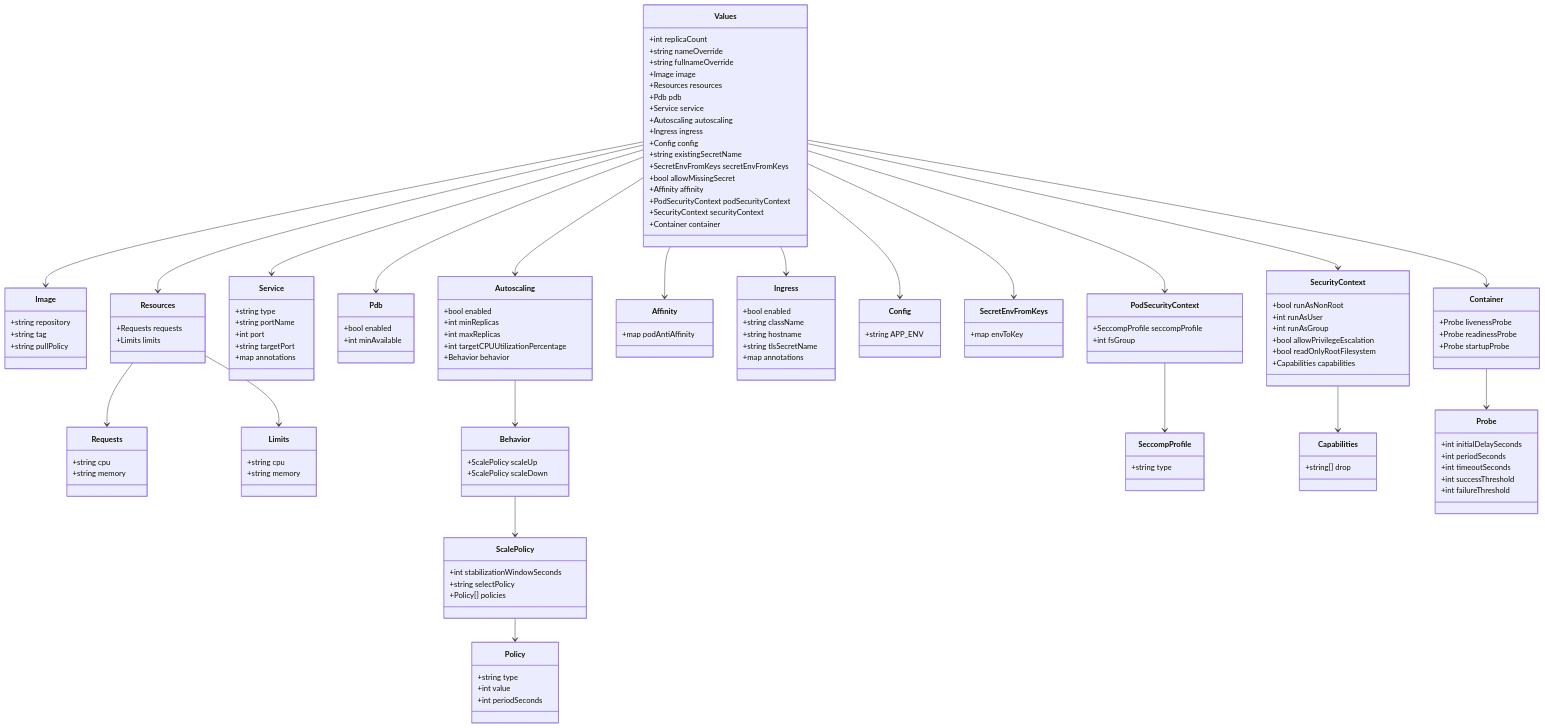
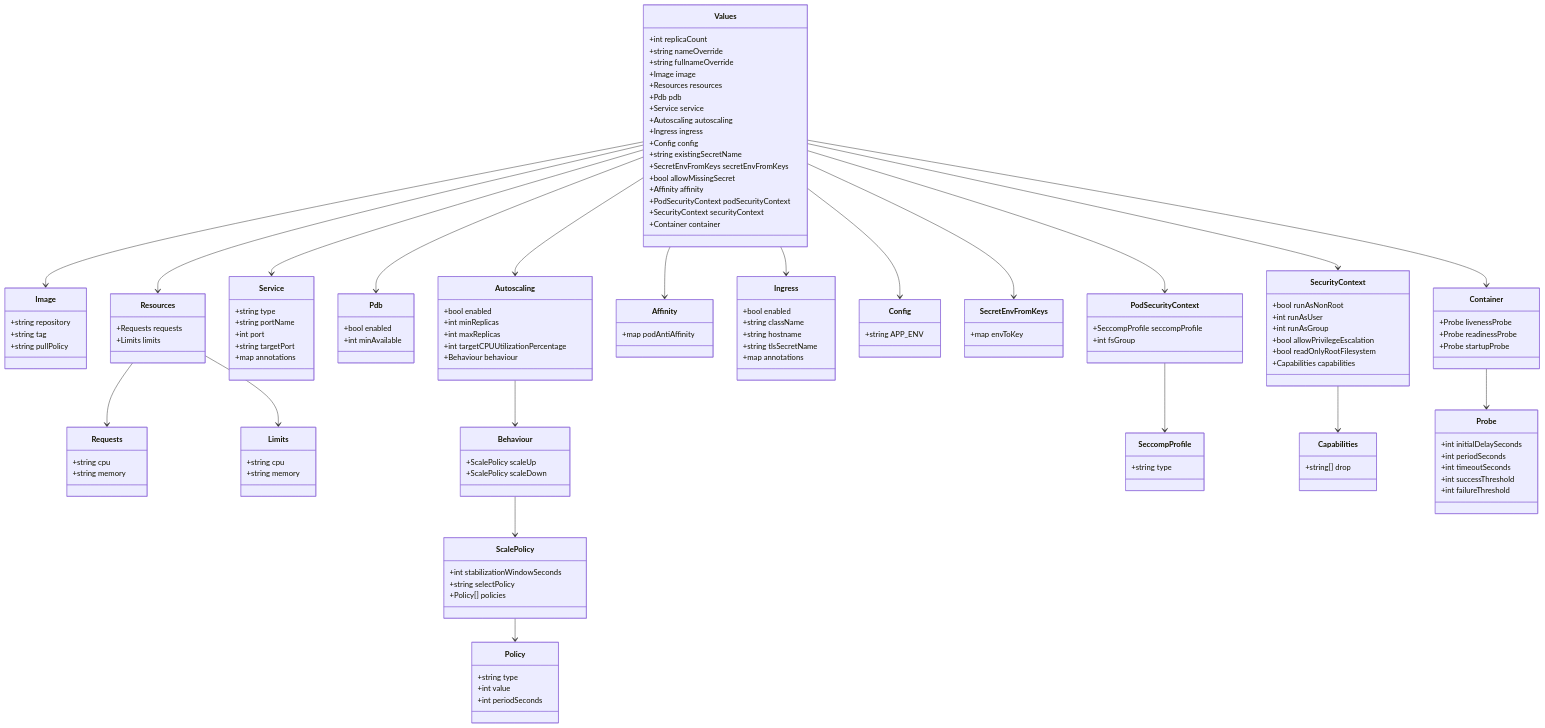
One commit to leynos/wildside changed the diagram in docs/values-class-diagram.mmd. Above: the diagram before and after it, drawn with Mermaid. The commit also changed 97 other files, not shown here.

```diff
--- a/docs/values-class-diagram.mmd
+++ b/docs/values-class-diagram.mmd
@@ -1,135 +1,135 @@
 classDiagram
     class Values {
       +int replicaCount
       +string nameOverride
       +string fullnameOverride
       +Image image
       +Resources resources
       +Pdb pdb
       +Service service
       +Autoscaling autoscaling
       +Ingress ingress
       +Config config
       +string existingSecretName
       +SecretEnvFromKeys secretEnvFromKeys
       +bool allowMissingSecret
       +Affinity affinity
       +PodSecurityContext podSecurityContext
       +SecurityContext securityContext
       +Container container
     }
     class Image {
       +string repository
       +string tag
       +string pullPolicy
     }
     class Resources {
       +Requests requests
       +Limits limits
     }
     class Requests {
       +string cpu
       +string memory
     }
     class Limits {
       +string cpu
       +string memory
     }
     class Service {
       +string type
       +string portName
       +int port
       +string targetPort
       +map<string,string> annotations
     }
     class Pdb {
       +bool enabled
       +int minAvailable
     }
     class Autoscaling {
       +bool enabled
       +int minReplicas
       +int maxReplicas
       +int targetCPUUtilizationPercentage
-      +Behavior behavior
+      +Behaviour behaviour
     }
-    class Behavior {
+    class Behaviour {
       +ScalePolicy scaleUp
       +ScalePolicy scaleDown
     }
     class ScalePolicy {
       +int stabilizationWindowSeconds
       +string selectPolicy
       +Policy[] policies
     }
     class Policy {
       +string type
       +int value
       +int periodSeconds
     }
     class Affinity {
       +map<string, any> podAntiAffinity
     }
     class Ingress {
       +bool enabled
       +string className
       +string hostname
       +string tlsSecretName
       +map<string,string> annotations
     }
     class Config {
       +string APP_ENV
     }
     class SecretEnvFromKeys {
       +map<string,string> envToKey
     }
     class PodSecurityContext {
       +SeccompProfile seccompProfile
       +int fsGroup
     }
     class SeccompProfile {
       +string type
     }
     class SecurityContext {
       +bool runAsNonRoot
       +int runAsUser
       +int runAsGroup
       +bool allowPrivilegeEscalation
       +bool readOnlyRootFilesystem
       +Capabilities capabilities
     }
     class Capabilities {
       +string[] drop
     }
     class Container {
       +Probe livenessProbe
       +Probe readinessProbe
       +Probe startupProbe
     }
     class Probe {
       +int initialDelaySeconds
       +int periodSeconds
       +int timeoutSeconds
       +int successThreshold
       +int failureThreshold
     }
     Values --> Image
     Values --> Resources
     Resources --> Requests
     Resources --> Limits
     Values --> Service
     Values --> Pdb
     Values --> Ingress
     Values --> Config
     Values --> SecretEnvFromKeys
     Values --> PodSecurityContext
     Values --> SecurityContext
     Values --> Autoscaling
     Values --> Affinity
     Values --> Container
-    Autoscaling --> Behavior
-    Behavior --> ScalePolicy
+    Autoscaling --> Behaviour
+    Behaviour --> ScalePolicy
     ScalePolicy --> Policy
     PodSecurityContext --> SeccompProfile
     Container --> Probe
     SecurityContext --> Capabilities
```
